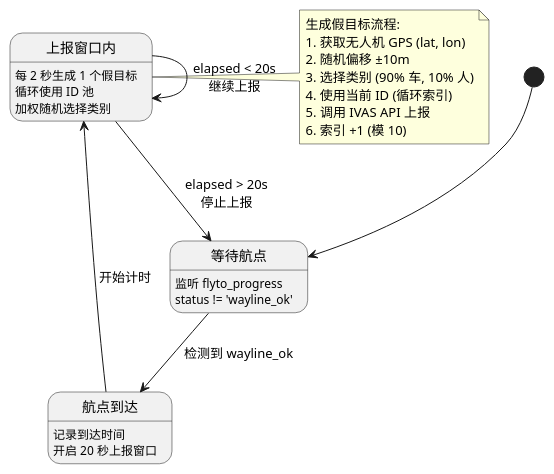
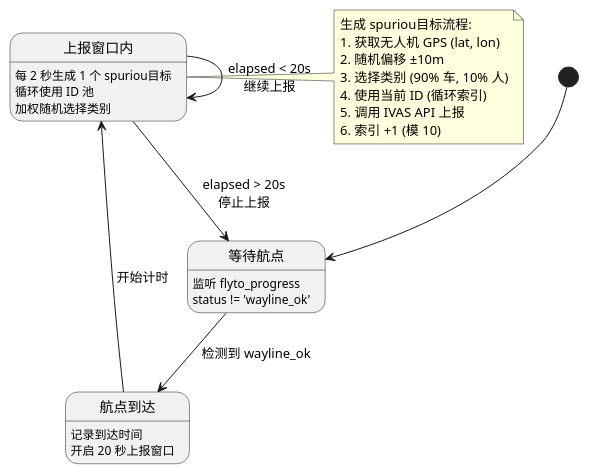
One commit to GrooveWJH/Volition-DJI changed the third of 9 diagrams in pythonSDK/docs/pure_fake_target_logic.md. Above: the diagram before and after it, drawn with PlantUML. The commit also changed other lines of this file and 7 other files, not shown here.

````diff
--- a/pythonSDK/docs/pure_fake_target_logic.md
+++ b/pythonSDK/docs/pure_fake_target_logic.md
@@ -163,34 +163,34 @@
 ```plantuml
 @startuml
 [*] --> 等待航点
 
 等待航点 : 监听 flyto_progress
 等待航点 : status != 'wayline_ok'
 
 等待航点 --> 航点到达 : 检测到 wayline_ok
 
 航点到达 : 记录到达时间
 航点到达 : 开启 20 秒上报窗口
 
 航点到达 --> 上报窗口内 : 开始计时
 
-上报窗口内 : 每 2 秒生成 1 个假目标
+上报窗口内 : 每 2 秒生成 1 个 spuriou目标
 上报窗口内 : 循环使用 ID 池
 上报窗口内 : 加权随机选择类别
 
 上报窗口内 --> 上报窗口内 : elapsed < 20s\n继续上报
 
 上报窗口内 --> 等待航点 : elapsed > 20s\n停止上报
 
 note right of 上报窗口内
-  生成假目标流程:
+  生成 spuriou目标流程:
   1. 获取无人机 GPS (lat, lon)
   2. 随机偏移 ±10m
   3. 选择类别 (90% 车, 10% 人)
   4. 使用当前 ID (循环索引)
   5. 调用 IVAS API 上报
   6. 索引 +1 (模 10)
 end note
 
 @enduml
 ```
````
